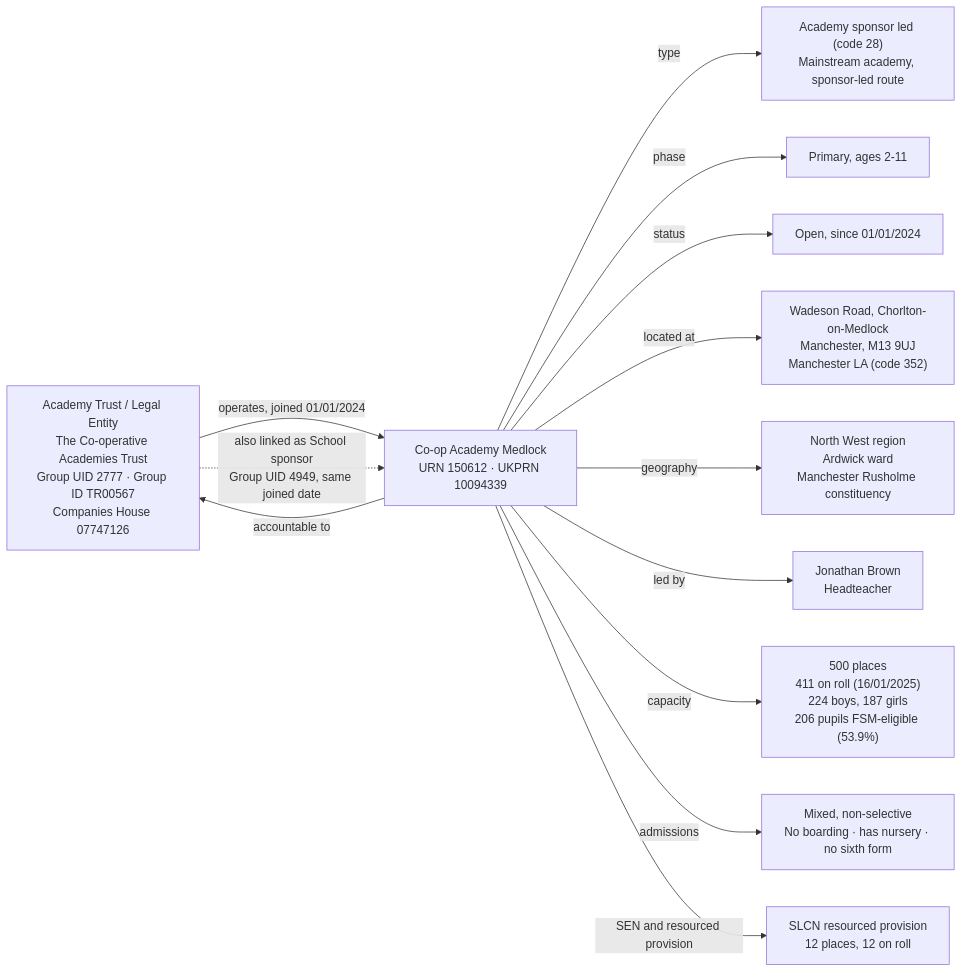
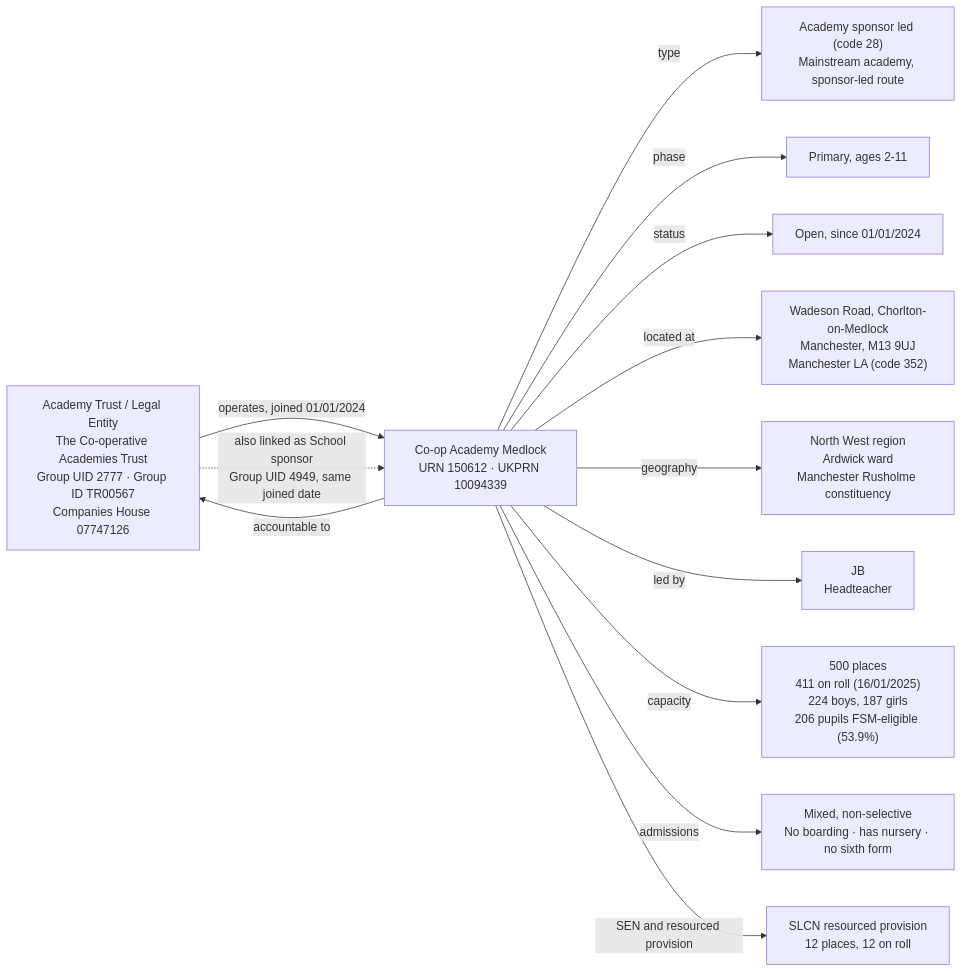
One commit to DFE-Digital/education-provider-registry-docs changed the first of 2 diagrams in docs-site/content/models/establishment/worked-examples/medlock-mat/index.md. Above: the diagram before and after it, drawn with Mermaid. The commit also changed other lines of this file and 1 other file, not shown here.

````diff
--- a/docs-site/content/models/establishment/worked-examples/medlock-mat/index.md
+++ b/docs-site/content/models/establishment/worked-examples/medlock-mat/index.md
@@ -45,21 +45,21 @@
 ```mermaid
 flowchart LR
     AT["Academy Trust / Legal Entity<br/>The Co-operative Academies Trust<br/>Group UID 2777 · Group ID TR00567<br/>Companies House 07747126"]
     E["Co-op Academy Medlock<br/>URN 150612 · UKPRN 10094339"]
 
     AT -->|"operates, joined 01/01/2024"| E
     AT -.->|"also linked as School sponsor<br/>Group UID 4949, same joined date"| E
 
     E -->|"type"| TY["Academy sponsor led (code 28)<br/>Mainstream academy, sponsor-led route"]
     E -->|"phase"| PH["Primary, ages 2-11"]
     E -->|"status"| ST["Open, since 01/01/2024"]
     E -->|"accountable to"| AT
 
     E -->|"located at"| LOC["Wadeson Road, Chorlton-on-Medlock<br/>Manchester, M13 9UJ<br/>Manchester LA (code 352)"]
     E -->|"geography"| GEO["North West region<br/>Ardwick ward<br/>Manchester Rusholme constituency"]
-    E -->|"led by"| HT["Jonathan Brown<br/>Headteacher"]
+    E -->|"led by"| HT["JB<br/>Headteacher"]
 
     E -->|"capacity"| CAP["500 places<br/>411 on roll (16/01/2025)<br/>224 boys, 187 girls<br/>206 pupils FSM-eligible (53.9%)"]
     E -->|"admissions"| ADM["Mixed, non-selective<br/>No boarding · has nursery · no sixth form"]
     E -->|"SEN and resourced provision"| SEN["SLCN resourced provision<br/>12 places, 12 on roll"]
 ```
````
